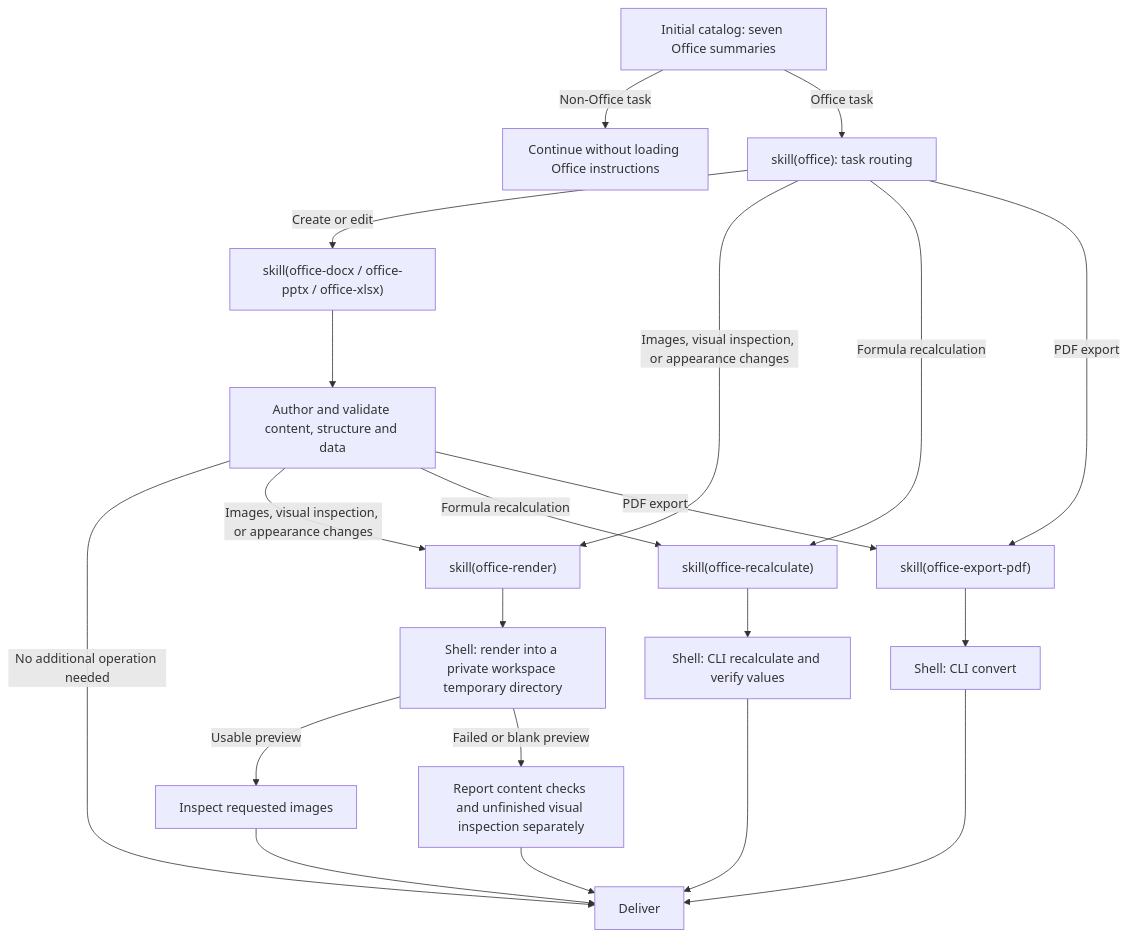
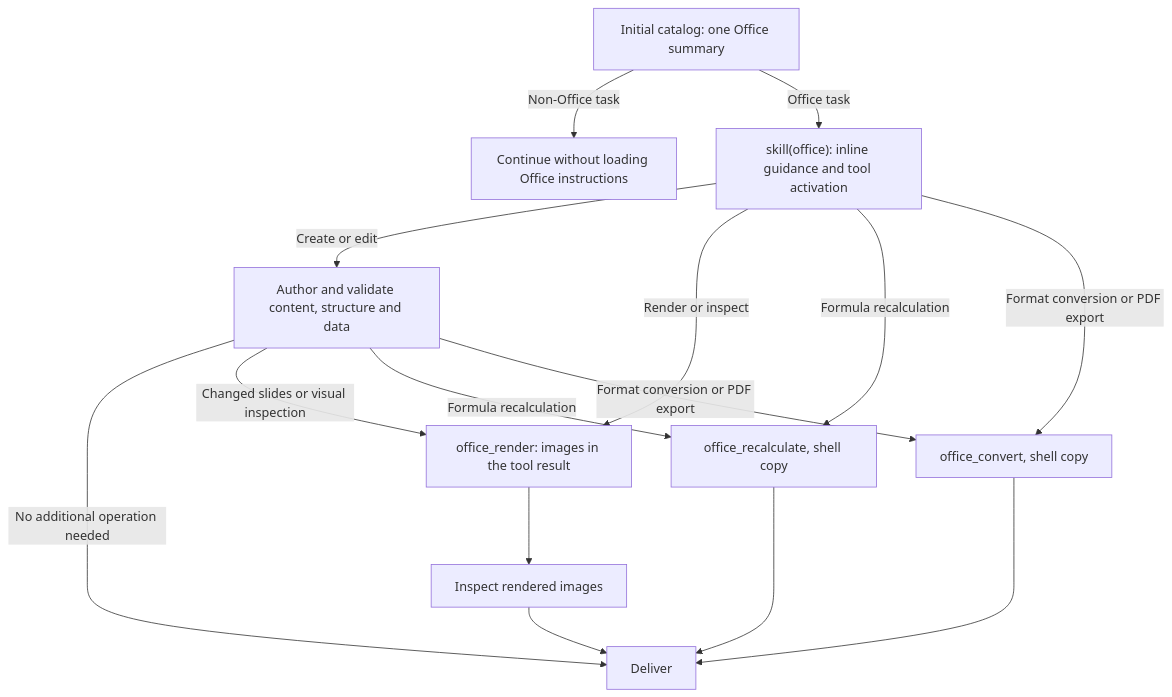
Before and after one commit to du-xinyi/deepseek-harness-linux: the diagram in packages/skill/skill-office/README.md, drawn with Mermaid. The commit also changed other lines of this file and 9557 other files, not shown here.

````diff
--- a/packages/skill/skill-office/README.md
+++ b/packages/skill/skill-office/README.md
@@ -49,28 +50,22 @@
 ```mermaid
 flowchart TD
-    A["Initial catalog: seven Office summaries"]
+    A["Initial catalog: one Office summary"]
     A -->|Non-Office task| N["Continue without loading Office instructions"]
-    A -->|Office task| B["skill(office): task routing"]
+    A -->|Office task| B["skill(office): inline guidance and tool activation"]
 
-    B -->|Create or edit| C["skill(office-docx / office-pptx / office-xlsx)"]
-    C --> D["Author and validate content, structure and data"]
+    B -->|Create or edit| D["Author and validate content, structure and data"]
     D -->|No additional operation needed| F["Deliver"]
 
-    B -->|Images, visual inspection, or appearance changes| R["skill(office-render)"]
-    D -->|Images, visual inspection, or appearance changes| R
-    R --> RC["Shell: render into a private workspace temporary directory"]
-    RC -->|Usable preview| V["Inspect requested images"]
+    B -->|Render or inspect| R["office_render: images in the tool result"]
+    D -->|Changed slides or visual inspection| R
+    R --> V["Inspect rendered images"]
     V --> F
-    RC -->|Failed or blank preview| L["Report content checks and unfinished visual inspection separately"]
-    L --> F
 
-    B -->|Formula recalculation| X["skill(office-recalculate)"]
+    B -->|Formula recalculation| X["office_recalculate, shell copy"]
     D -->|Formula recalculation| X
-    X --> XC["Shell: CLI recalculate and verify values"]
-    XC --> F
+    X --> F
 
-    B -->|PDF export| P["skill(office-export-pdf)"]
-    D -->|PDF export| P
-    P --> PC["Shell: CLI convert"]
-    PC --> F
+    B -->|Format conversion or PDF export| P["office_convert, shell copy"]
+    D -->|Format conversion or PDF export| P
+    P --> F
 ```
````
